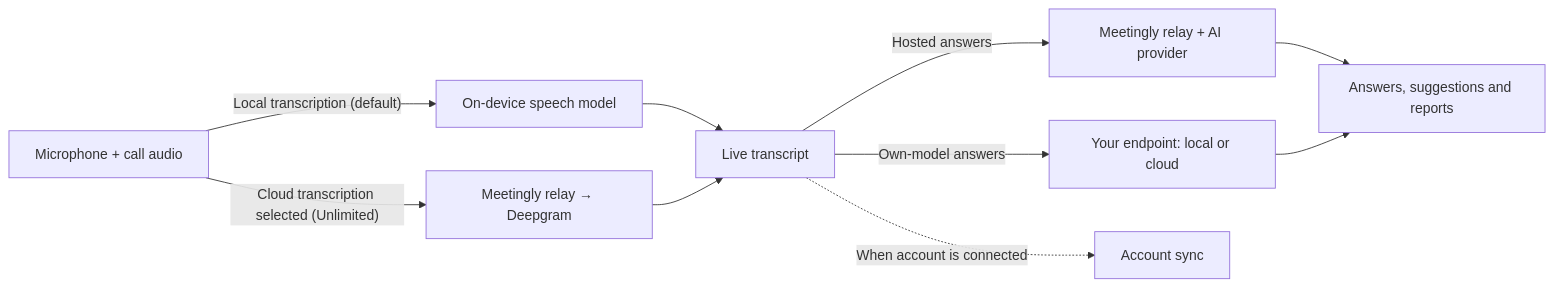
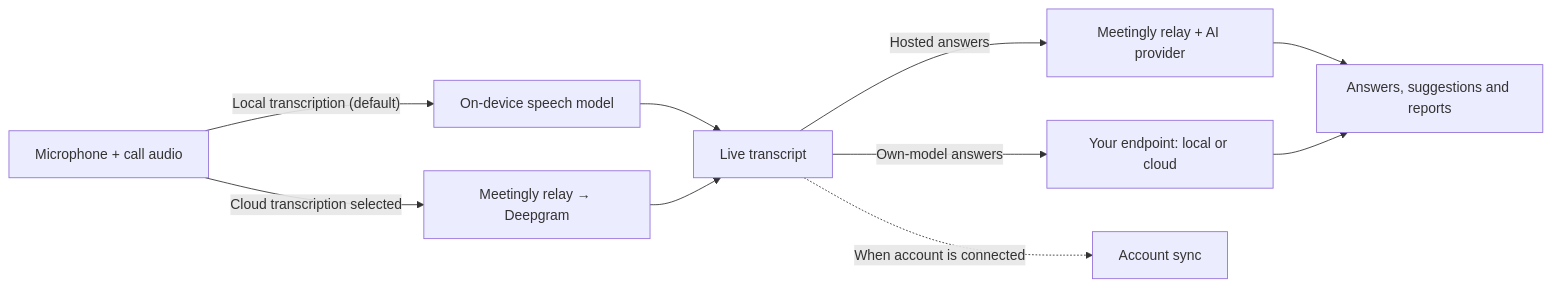
Before and after one commit to iskandaryv/meetingly-ai: the diagram in README.es.md, drawn with Mermaid. The commit also changed other lines of this file and 12 other files, not shown here.

Commit message:
README: no Unlimited plan (owner): plans table Free / Lite / Pro, comparison price without it; cloud transcription described without the plan name (7 languages)

````diff
--- a/README.es.md
+++ b/README.es.md
@@ -106,12 +106,12 @@
 ```mermaid
 flowchart LR
   A["Microphone + call audio"] -->|"Local transcription (default)"| B["On-device speech model"]
-  A -->|"Cloud transcription selected (Unlimited)"| H["Meetingly relay → Deepgram"]
+  A -->|"Cloud transcription selected"| H["Meetingly relay → Deepgram"]
   B --> C["Live transcript"]
   H --> C
   C -->|"Hosted answers"| F["Meetingly relay + AI provider"]
   C -->|"Own-model answers"| G["Your endpoint: local or cloud"]
   F --> D["Answers, suggestions and reports"]
   G --> D
   C -.->|"When account is connected"| S["Account sync"]
 ```
````
